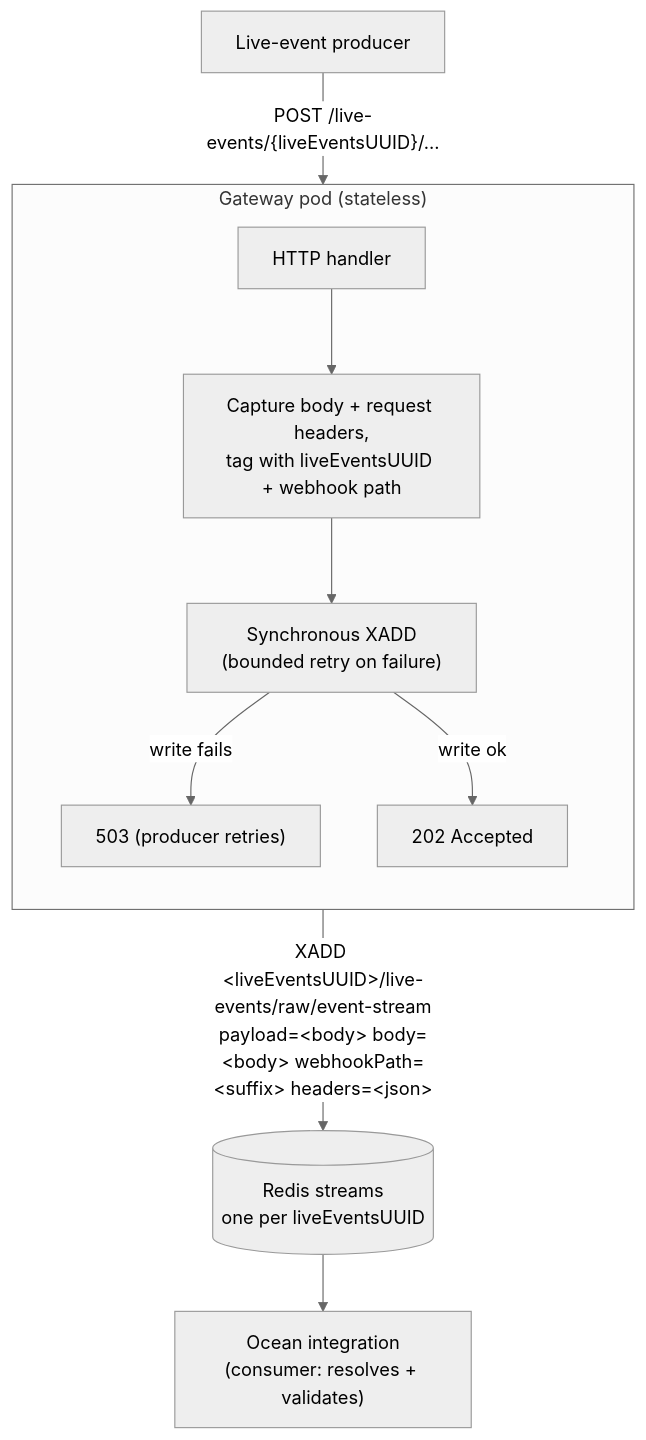
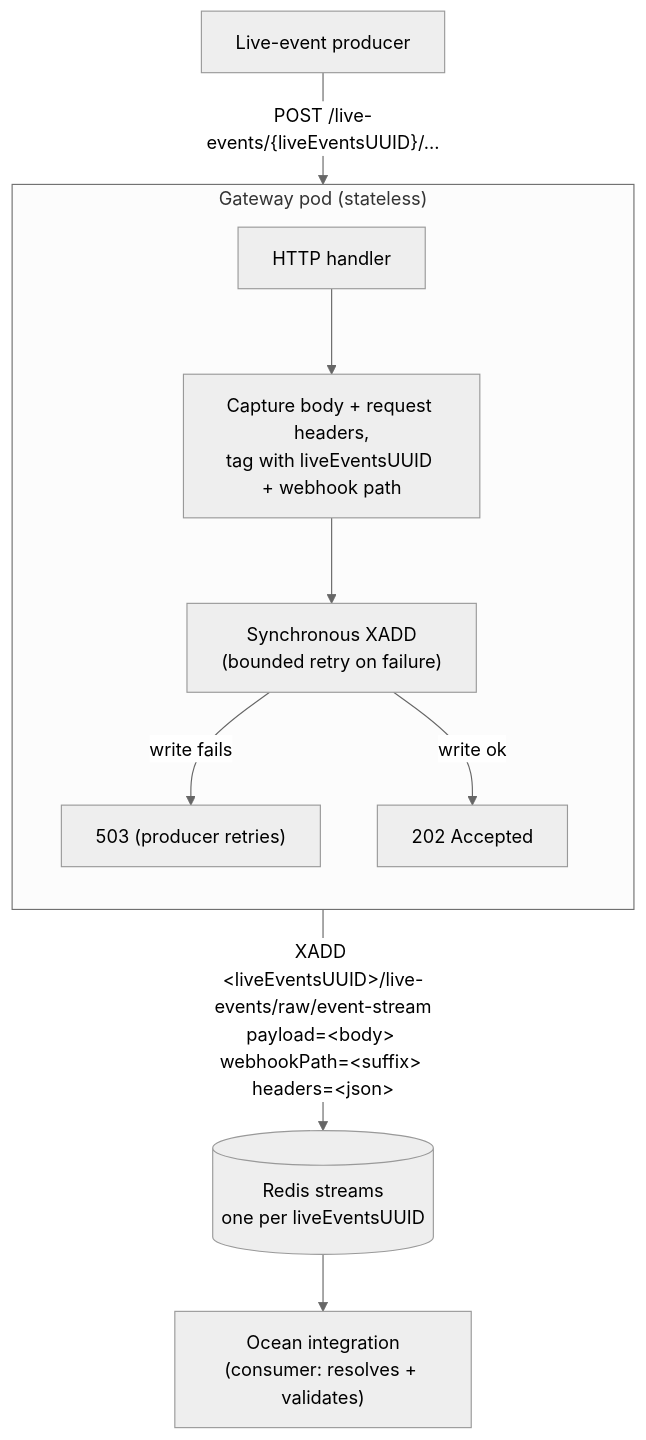
Before and after one commit to port-labs/ocean-gateway: the diagram in README.md, drawn with Mermaid (neutral theme). The commit also changed other lines of this file and 3 other files, not shown here.

````diff
--- a/README.md
+++ b/README.md
@@ -14,15 +14,15 @@
 ```mermaid
 flowchart TD
     P["Live-event producer"] -->|"POST /live-events/{liveEventsUUID}/..."| H
 
     subgraph GW["Gateway pod (stateless)"]
         direction TB
         H["HTTP handler"] --> CAP["Capture body + request headers,<br/>tag with liveEventsUUID + webhook path"]
         CAP --> X["Synchronous XADD<br/>(bounded retry on failure)"]
         X -->|write fails| E503["503 (producer retries)"]
         X -->|write ok| OK["202 Accepted"]
     end
 
-    X -->|"XADD &lt;liveEventsUUID&gt;/live-events/raw/event-stream<br/>payload=&lt;body&gt; body=&lt;body&gt; webhookPath=&lt;suffix&gt; headers=&lt;json&gt;"| R[("Redis streams<br/>one per liveEventsUUID")]
+    X -->|"XADD &lt;liveEventsUUID&gt;/live-events/raw/event-stream<br/>payload=&lt;body&gt; webhookPath=&lt;suffix&gt; headers=&lt;json&gt;"| R[("Redis streams<br/>one per liveEventsUUID")]
     R --> OI["Ocean integration<br/>(consumer: resolves + validates)"]
 ```
````
